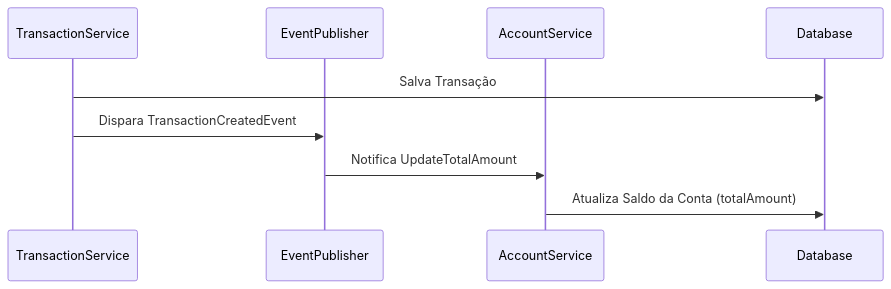
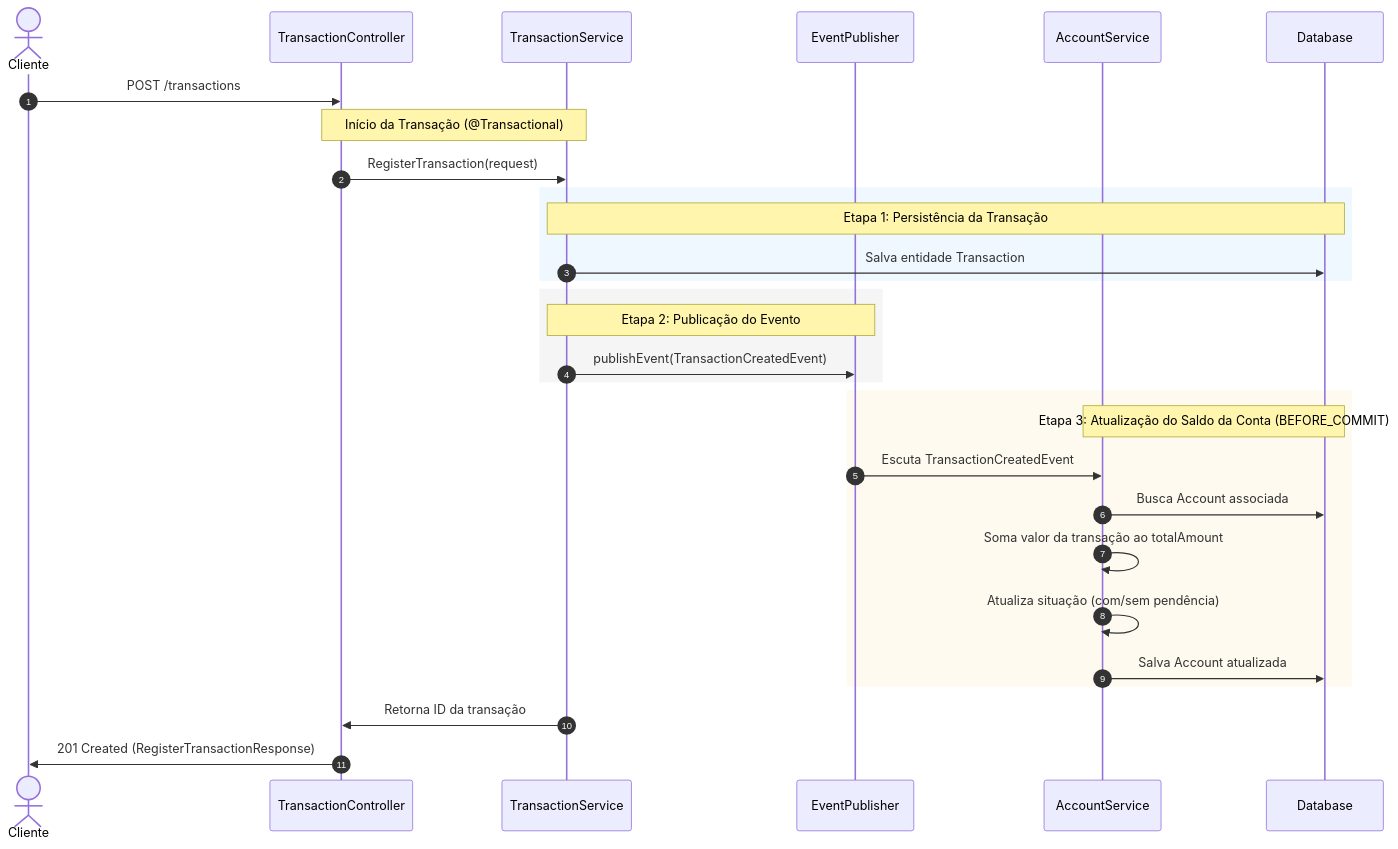
Before and after one commit to viniGab2004/challenge: the second of 3 diagrams in README.md, drawn with Mermaid. The commit also changed other lines of this file and 4 other files, not shown here.

````diff
--- a/README.md
+++ b/README.md
@@ -214,12 +255,36 @@
 ```mermaid
 sequenceDiagram
+    autonumber
+    actor Cliente
+    participant TransactionController
     participant TransactionService
     participant EventPublisher
     participant AccountService
     participant Database
 
-    TransactionService->>Database: Salva Transação
-    TransactionService->>EventPublisher: Dispara TransactionCreatedEvent
-    EventPublisher->>AccountService: Notifica UpdateTotalAmount
-    AccountService->>Database: Atualiza Saldo da Conta (totalAmount)
+    Cliente->>TransactionController: POST /transactions
+    Note over TransactionController,TransactionService: Início da Transação (@Transactional)
+    TransactionController->>TransactionService: RegisterTransaction(request)
+    
+    rect rgb(240, 248, 255)
+        Note over TransactionService,Database: Etapa 1: Persistência da Transação
+        TransactionService->>Database: Salva entidade Transaction
+    end
+
+    rect rgb(245, 245, 245)
+        Note over TransactionService,EventPublisher: Etapa 2: Publicação do Evento
+        TransactionService->>EventPublisher: publishEvent(TransactionCreatedEvent)
+    end
+
+    rect rgb(255, 250, 240)
+        Note over AccountService,Database: Etapa 3: Atualização do Saldo da Conta (BEFORE_COMMIT)
+        EventPublisher->>AccountService: Escuta TransactionCreatedEvent
+        AccountService->>Database: Busca Account associada
+        AccountService->>AccountService: Soma valor da transação ao totalAmount
+        AccountService->>AccountService: Atualiza situação (com/sem pendência)
+        AccountService->>Database: Salva Account atualizada
+    end
+
+    TransactionService->>TransactionController: Retorna ID da transação
+    TransactionController->>Cliente: 201 Created (RegisterTransactionResponse)
 ```
````
